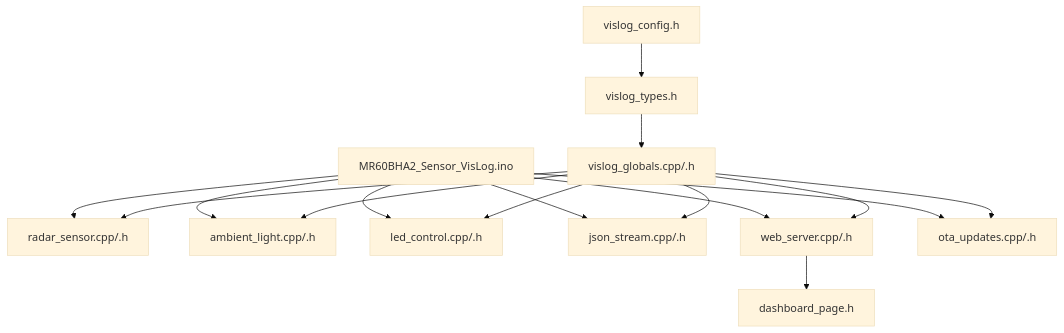
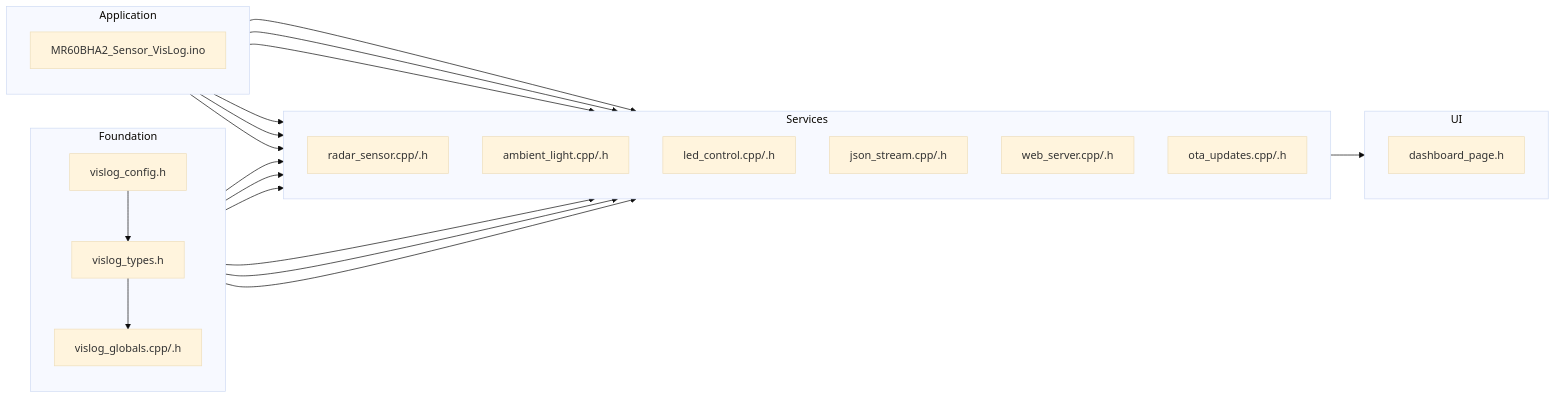
Before and after one commit to CocoHusky/mmWaveVizLog: the diagram in arduino/MR60BHA2_Sensor_VisLog/README.md, drawn with Mermaid (base theme).

Commit message:
Refactor README mermaid diagram layout
Rework the MR60BHA2_Sensor_VisLog README mermaid flowchart: change orientation to LR and group files into subgraphs (Foundation, Application, Services, UI). Update node layout and connections to reflect the new structure and remove redundant CFG->TYPES and TYPES->GLO links for clarity.

````diff
--- a/arduino/MR60BHA2_Sensor_VisLog/README.md
+++ b/arduino/MR60BHA2_Sensor_VisLog/README.md
@@ -5,31 +5,45 @@
 ```mermaid
-flowchart TB
-  INO["MR60BHA2_Sensor_VisLog.ino"]
-  CFG["vislog_config.h"]
-  TYPES["vislog_types.h"]
-  GLO["vislog_globals.cpp/.h"]
-  RAD["radar_sensor.cpp/.h"]
-  LUX["ambient_light.cpp/.h"]
-  LED["led_control.cpp/.h"]
-  JSON["json_stream.cpp/.h"]
-  WEB["web_server.cpp/.h"]
-  OTA["ota_updates.cpp/.h"]
-  PAGE["dashboard_page.h"]
+flowchart LR
+  subgraph foundation["Foundation"]
+    direction TB
+    CFG["vislog_config.h"]
+    TYPES["vislog_types.h"]
+    GLO["vislog_globals.cpp/.h"]
+    CFG --> TYPES --> GLO
+  end
+
+  subgraph app["Application"]
+    direction TB
+    INO["MR60BHA2_Sensor_VisLog.ino"]
+  end
+
+  subgraph services["Services"]
+    direction TB
+    RAD["radar_sensor.cpp/.h"]
+    LUX["ambient_light.cpp/.h"]
+    LED["led_control.cpp/.h"]
+    JSON["json_stream.cpp/.h"]
+    WEB["web_server.cpp/.h"]
+    OTA["ota_updates.cpp/.h"]
+  end
+
+  subgraph ui["UI"]
+    direction TB
+    PAGE["dashboard_page.h"]
+  end
 
   INO --> RAD
   INO --> LUX
   INO --> LED
   INO --> JSON
   INO --> WEB
   INO --> OTA
 
-  CFG --> TYPES
-  TYPES --> GLO
   GLO --> RAD
   GLO --> LUX
   GLO --> LED
   GLO --> JSON
   GLO --> WEB
   GLO --> OTA
   WEB --> PAGE
 ```
````
